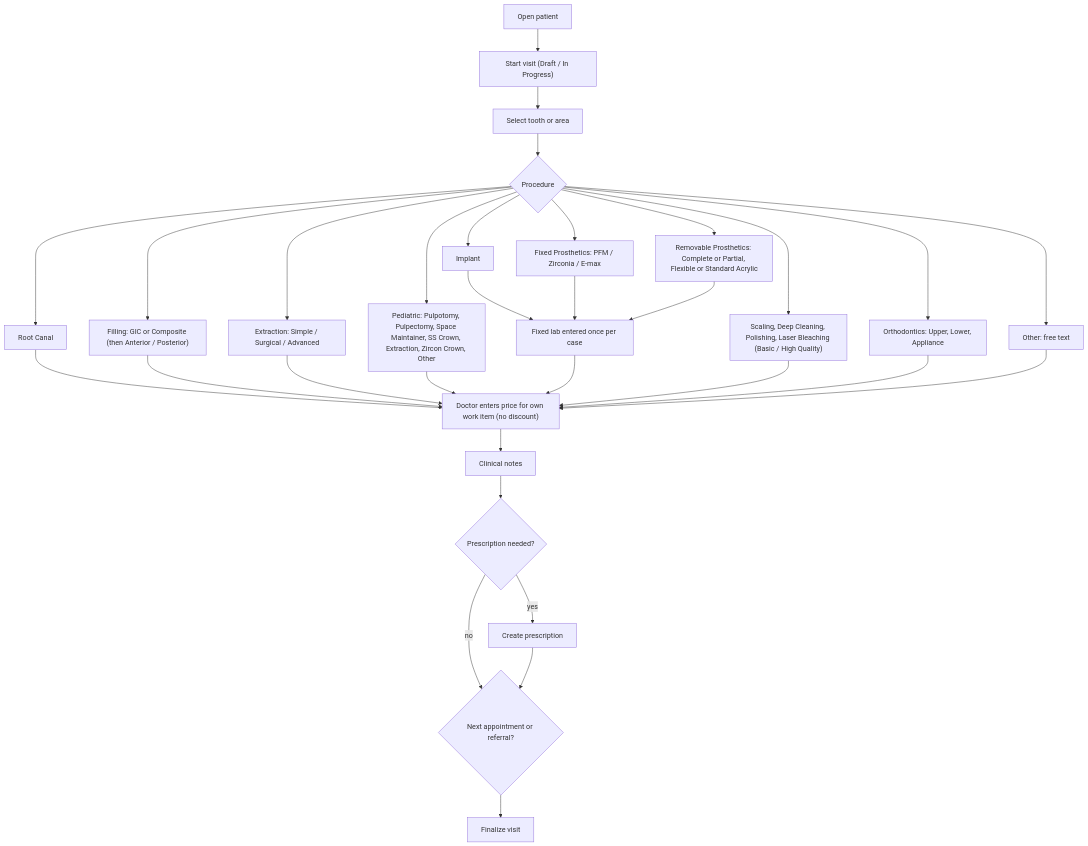
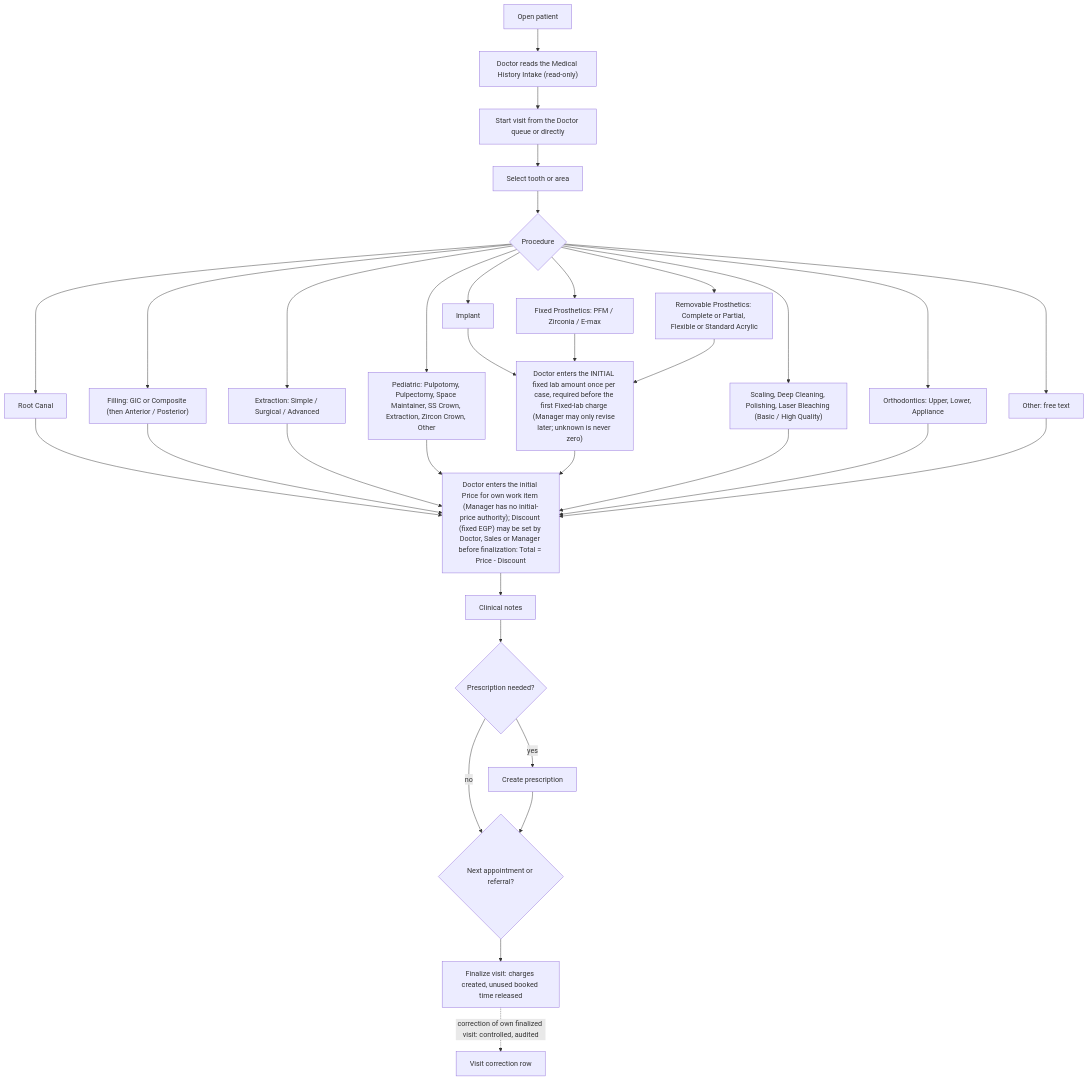
The sixth of 26 diagrams in docs/DIAGRAMS.md (mostafaabdullah11/Dental-clinical-system), drawn with Mermaid before and after one commit. The commit also changed other lines of this file and 51 other files, not shown here.

````diff
--- a/docs/DIAGRAMS.md
+++ b/docs/DIAGRAMS.md
@@ -213,33 +239,35 @@
 ```mermaid
 flowchart TD
-    S["Open patient"] --> V["Start visit (Draft / In Progress)"]
+    S["Open patient"] --> MHR["Doctor reads the Medical History Intake (read-only)"]
+    MHR --> V["Start visit from the Doctor queue or directly"]
     V --> TA["Select tooth or area"]
     TA --> PR{"Procedure"}
     PR --> RC["Root Canal"]
     PR --> FI["Filling: GIC or Composite (then Anterior / Posterior)"]
     PR --> EX["Extraction: Simple / Surgical / Advanced"]
     PR --> PE["Pediatric: Pulpotomy, Pulpectomy, Space Maintainer, SS Crown, Extraction, Zircon Crown, Other"]
     PR --> IM["Implant"]
     PR --> FP["Fixed Prosthetics: PFM / Zirconia / E-max"]
     PR --> RP["Removable Prosthetics: Complete or Partial, Flexible or Standard Acrylic"]
     PR --> SC["Scaling, Deep Cleaning, Polishing, Laser Bleaching (Basic / High Quality)"]
     PR --> OR["Orthodontics: Upper, Lower, Appliance"]
     PR --> OT["Other: free text"]
     RC --> PRICE
     FI --> PRICE
     EX --> PRICE
     PE --> PRICE
-    IM --> LAB["Fixed lab entered once per case"]
+    IM --> LAB["Doctor enters the INITIAL fixed lab amount once per case, required before the first Fixed-lab charge (Manager may only revise later; unknown is never zero)"]
     FP --> LAB
     RP --> LAB
     LAB --> PRICE
     SC --> PRICE
     OR --> PRICE
     OT --> PRICE
-    PRICE["Doctor enters price for own work item (no discount)"] --> N["Clinical notes"]
+    PRICE["Doctor enters the initial Price for own work item (Manager has no initial-price authority); Discount (fixed EGP) may be set by Doctor, Sales or Manager before finalization: Total = Price - Discount"] --> N["Clinical notes"]
     N --> RX{"Prescription needed?"}
     RX -->|"yes"| RXC["Create prescription"]
     RX -->|"no"| NA
     RXC --> NA{"Next appointment or referral?"}
-    NA --> FIN["Finalize visit"]
+    NA --> FIN["Finalize visit: charges created, unused booked time released"]
+    FIN -.->|"correction of own finalized visit: controlled, audited"| COR["Visit correction row"]
 ```
````
